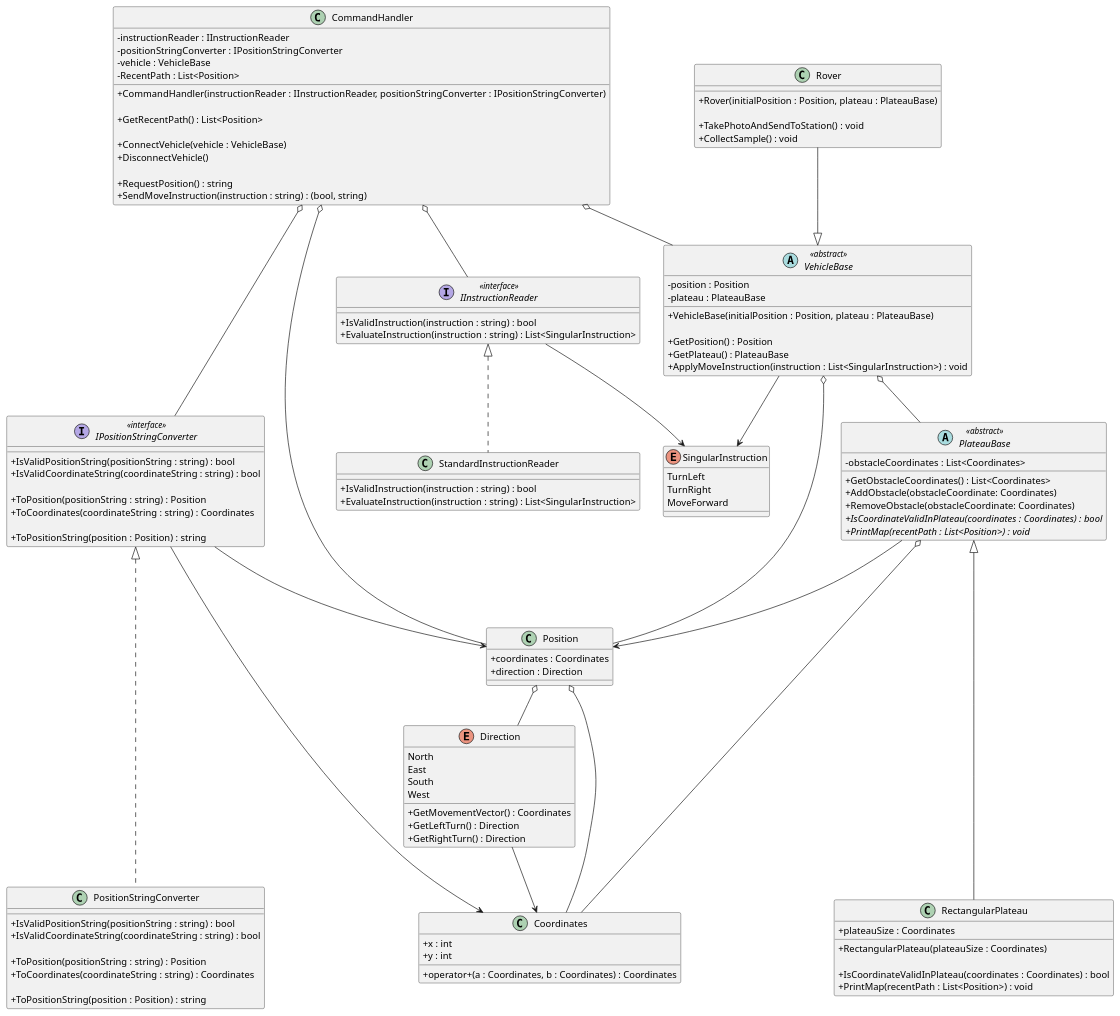
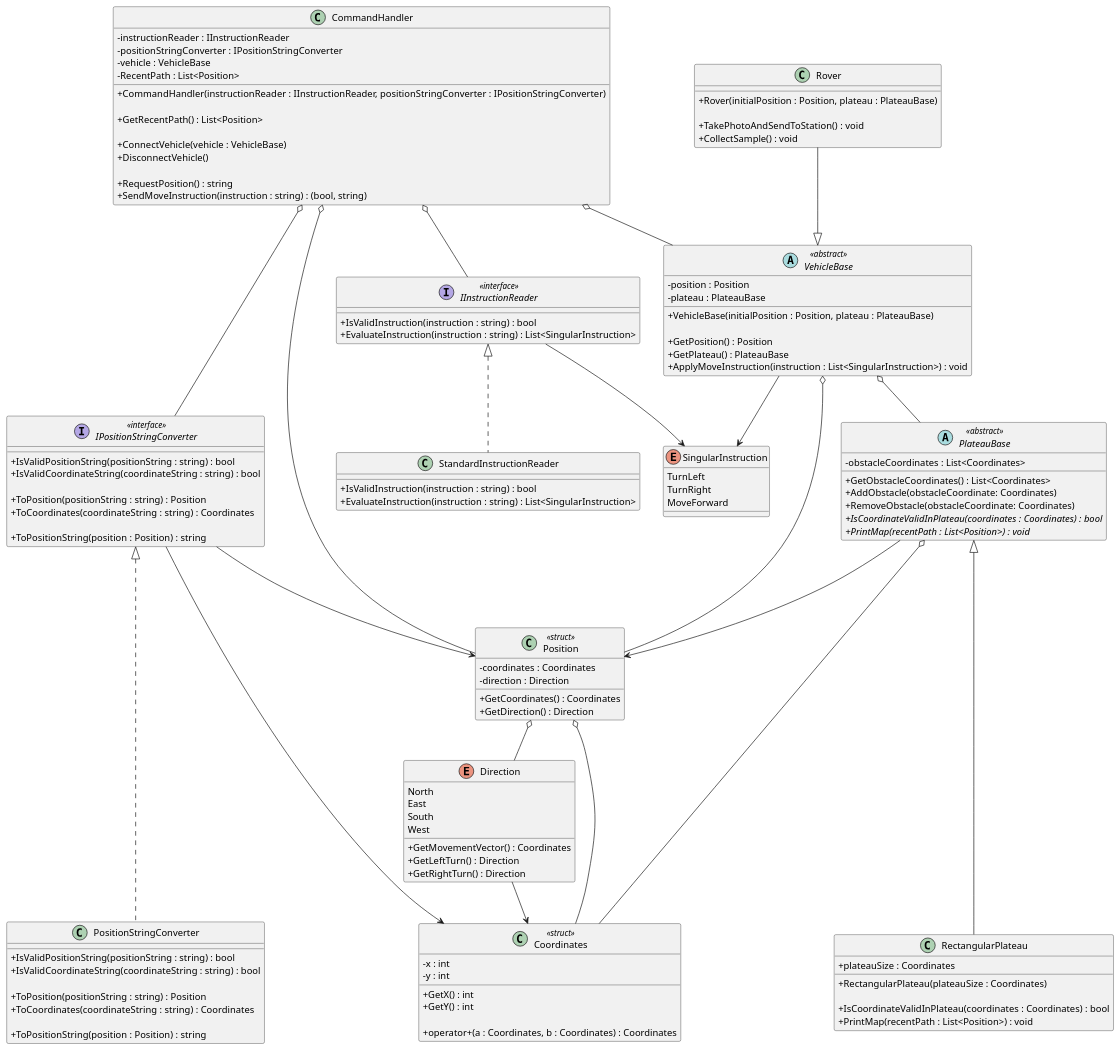
The diagram in diagrams/MarsRoverChallenge.puml (iamfranco/MarsRoverChallenge), drawn with PlantUML before and after one commit. The commit also changed 1 other file, not shown here.

Commit message:
UML: add <Struct> keyword to Coordinates and Position structs, make fields private with public setters

```diff
--- a/diagrams/MarsRoverChallenge.puml
+++ b/diagrams/MarsRoverChallenge.puml
@@ -1,156 +1,162 @@
 @startuml "Mars Rover Challenge"
 skinparam classAttributeIconSize 0
 
 class CommandHandler
 {
   - instructionReader : IInstructionReader
   - positionStringConverter : IPositionStringConverter
   - vehicle : VehicleBase
   - RecentPath : List<Position>
 
   + CommandHandler(instructionReader : IInstructionReader, positionStringConverter : IPositionStringConverter)
   
   + GetRecentPath() : List<Position>
 
   + ConnectVehicle(vehicle : VehicleBase)
   + DisconnectVehicle()
 
   + RequestPosition() : string
   + SendMoveInstruction(instruction : string) : (bool, string)
 }
 
 interface IInstructionReader <<interface>>
 {
   + IsValidInstruction(instruction : string) : bool
   + EvaluateInstruction(instruction : string) : List<SingularInstruction>
 }
 
 enum SingularInstruction
 {
   TurnLeft
   TurnRight
   MoveForward
 }
 
 class StandardInstructionReader
 {
   + IsValidInstruction(instruction : string) : bool
   + EvaluateInstruction(instruction : string) : List<SingularInstruction>
 }
 
 abstract PlateauBase <<abstract>>
 {
   - obstacleCoordinates : List<Coordinates>
 
   + GetObstacleCoordinates() : List<Coordinates>
   + AddObstacle(obstacleCoordinate: Coordinates)
   + RemoveObstacle(obstacleCoordinate: Coordinates)
   {abstract} + IsCoordinateValidInPlateau(coordinates : Coordinates) : bool
   {abstract} + PrintMap(recentPath : List<Position>) : void
 }
 
 class RectangularPlateau
 {
   + plateauSize : Coordinates
 
   + RectangularPlateau(plateauSize : Coordinates)
 
   + IsCoordinateValidInPlateau(coordinates : Coordinates) : bool
   + PrintMap(recentPath : List<Position>) : void
 }
 
-class Coordinates
+class Coordinates <<struct>>
 {
-  + x : int
-  + y : int
+  - x : int
+  - y : int
+
+  + GetX() : int
+  + GetY() : int
 
   + operator+(a : Coordinates, b : Coordinates) : Coordinates
 }
 
 enum Direction
 {
   North
   East
   South
   West
 
   + GetMovementVector() : Coordinates
   + GetLeftTurn() : Direction
   + GetRightTurn() : Direction
 }
 
 interface IPositionStringConverter <<interface>>
 {
   + IsValidPositionString(positionString : string) : bool
   + IsValidCoordinateString(coordinateString : string) : bool
 
   + ToPosition(positionString : string) : Position
   + ToCoordinates(coordinateString : string) : Coordinates
 
   + ToPositionString(position : Position) : string
 }
 
-class Position
+class Position <<struct>>
 {
-  + coordinates : Coordinates
-  + direction : Direction
+  - coordinates : Coordinates
+  - direction : Direction
+
+  + GetCoordinates() : Coordinates
+  + GetDirection() : Direction
 }
 
 class PositionStringConverter
 {
   + IsValidPositionString(positionString : string) : bool
   + IsValidCoordinateString(coordinateString : string) : bool
 
   + ToPosition(positionString : string) : Position
   + ToCoordinates(coordinateString : string) : Coordinates
 
   + ToPositionString(position : Position) : string
 }
 
 class Rover
 {
   + Rover(initialPosition : Position, plateau : PlateauBase)
 
   + TakePhotoAndSendToStation() : void
   + CollectSample() : void
 }
 
 abstract VehicleBase <<abstract>>
 {
   - position : Position
   - plateau : PlateauBase
 
   + VehicleBase(initialPosition : Position, plateau : PlateauBase)
 
   + GetPosition() : Position
   + GetPlateau() : PlateauBase
   + ApplyMoveInstruction(instruction : List<SingularInstruction>) : void
 }
 
 CommandHandler o-- IInstructionReader
 CommandHandler o-- IPositionStringConverter
 CommandHandler o-- VehicleBase
 CommandHandler o---- Position
 
 IInstructionReader --> SingularInstruction
 IInstructionReader <|.. StandardInstructionReader 
 
 VehicleBase <|-u- Rover
 VehicleBase --> SingularInstruction
 VehicleBase o--- Position
 VehicleBase o-- PlateauBase
 
 IPositionStringConverter <|..... PositionStringConverter
 IPositionStringConverter ---> Position
 IPositionStringConverter ----> Coordinates
 
 PlateauBase <|----- RectangularPlateau
 PlateauBase ---> Position
 PlateauBase o--- Coordinates
 
 Direction --> Coordinates 
 
 Position o-- Direction
 Position o-- Coordinates
 
 @enduml
```
